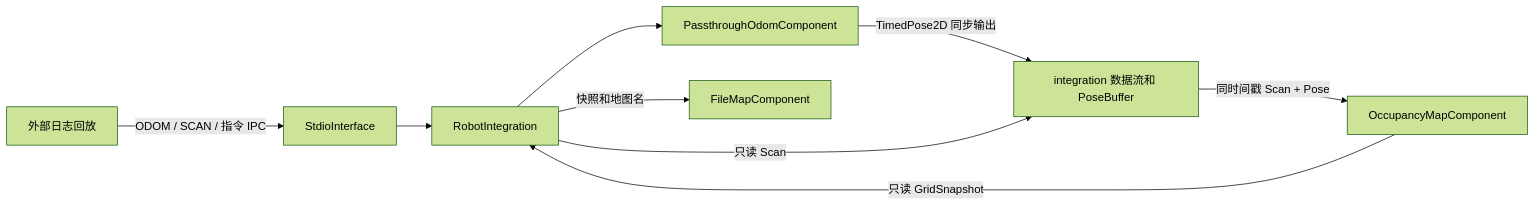
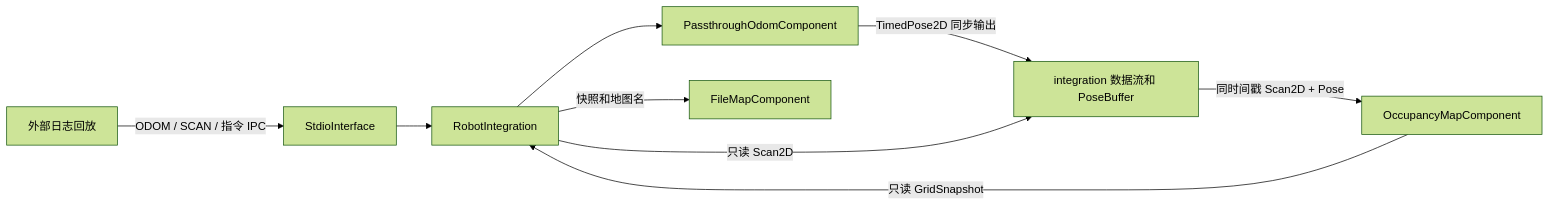
The diagram in docs/mapping.md (PU-UP/roboframe), drawn with Mermaid (forest theme) before and after one commit. The commit also changed other lines of this file and 23 other files, not shown here.

Commit message:
Move interface data contracts into SDK and document architecture boundaries

```diff
--- a/docs/mapping.md
+++ b/docs/mapping.md
@@ -6,11 +6,11 @@
 ~~~mermaid
 flowchart LR
     R[外部日志回放] -->|ODOM / SCAN / 指令 IPC| I[StdioInterface]
     I --> N[RobotIntegration]
     N --> O[PassthroughOdomComponent]
     O -->|TimedPose2D 同步输出| D[integration 数据流和 PoseBuffer]
-    N -->|只读 Scan| D
-    D -->|同时间戳 Scan + Pose| U[OccupancyMapComponent]
+    N -->|只读 Scan2D| D
+    D -->|同时间戳 Scan2D + Pose| U[OccupancyMapComponent]
     N -->|快照和地图名| M[FileMapComponent]
     U -->|只读 GridSnapshot| N
 ~~~
```
